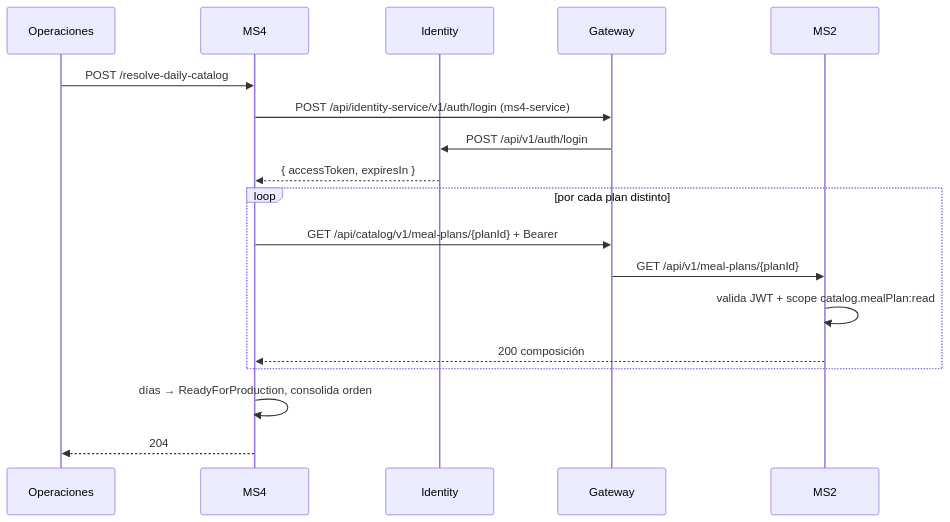
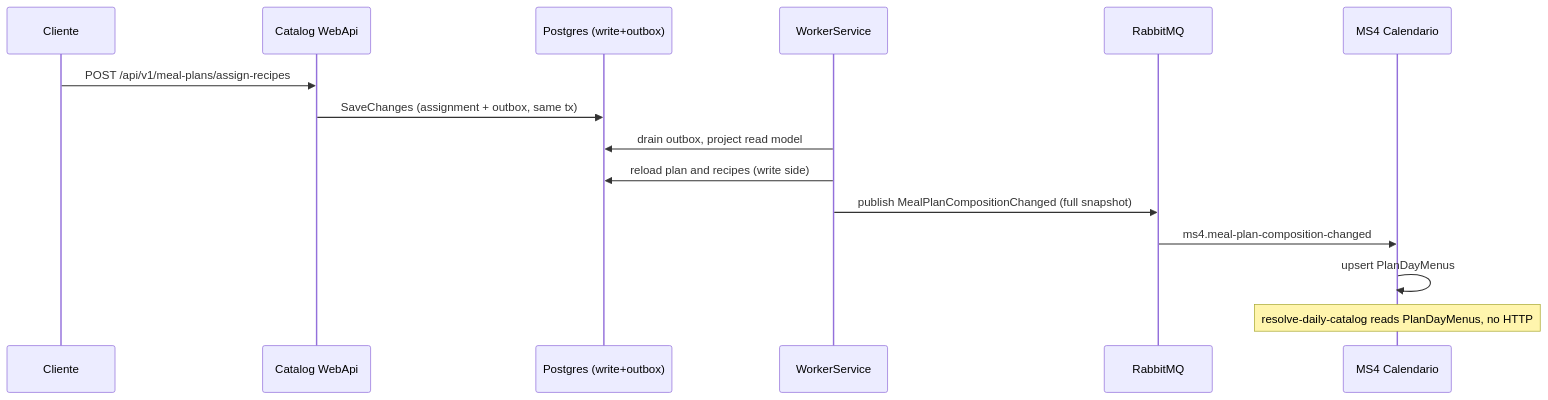
One commit to Nur-tricenter/knowledge changed the fifth of 5 diagrams in services/ms2-catalog/flows.md. Above: the diagram before and after it, drawn with Mermaid. The commit also changed other lines of this file and 43 other files, not shown here.

````diff
--- a/services/ms2-catalog/flows.md
+++ b/services/ms2-catalog/flows.md
@@ -126,20 +128,17 @@
 ```mermaid
 sequenceDiagram
-  participant OPS as Operaciones
-  participant MS4
-  participant ID as Identity
-  participant GW as Gateway
-  participant MS2
-  OPS->>MS4: POST /resolve-daily-catalog
-  MS4->>GW: POST /api/identity-service/v1/auth/login (ms4-service)
-  GW->>ID: POST /api/v1/auth/login
-  ID-->>MS4: { accessToken, expiresIn }
-  loop por cada plan distinto
-    MS4->>GW: GET /api/catalog/v1/meal-plans/{planId} + Bearer
-    GW->>MS2: GET /api/v1/meal-plans/{planId}
-    MS2->>MS2: valida JWT + scope catalog.mealPlan:read
-    MS2-->>MS4: 200 composición
-  end
-  MS4->>MS4: días → ReadyForProduction, consolida orden
-  MS4-->>OPS: 204
+  participant C as Cliente
+  participant API as Catalog WebApi
+  participant DB as Postgres (write+outbox)
+  participant W as WorkerService
+  participant MQ as RabbitMQ
+  participant MS4 as MS4 Calendario
+  C->>API: POST /api/v1/meal-plans/assign-recipes
+  API->>DB: SaveChanges (assignment + outbox, same tx)
+  W->>DB: drain outbox, project read model
+  W->>DB: reload plan and recipes (write side)
+  W->>MQ: publish MealPlanCompositionChanged (full snapshot)
+  MQ->>MS4: ms4.meal-plan-composition-changed
+  MS4->>MS4: upsert PlanDayMenus
+  Note over MS4: resolve-daily-catalog reads PlanDayMenus, no HTTP
 ```
````
